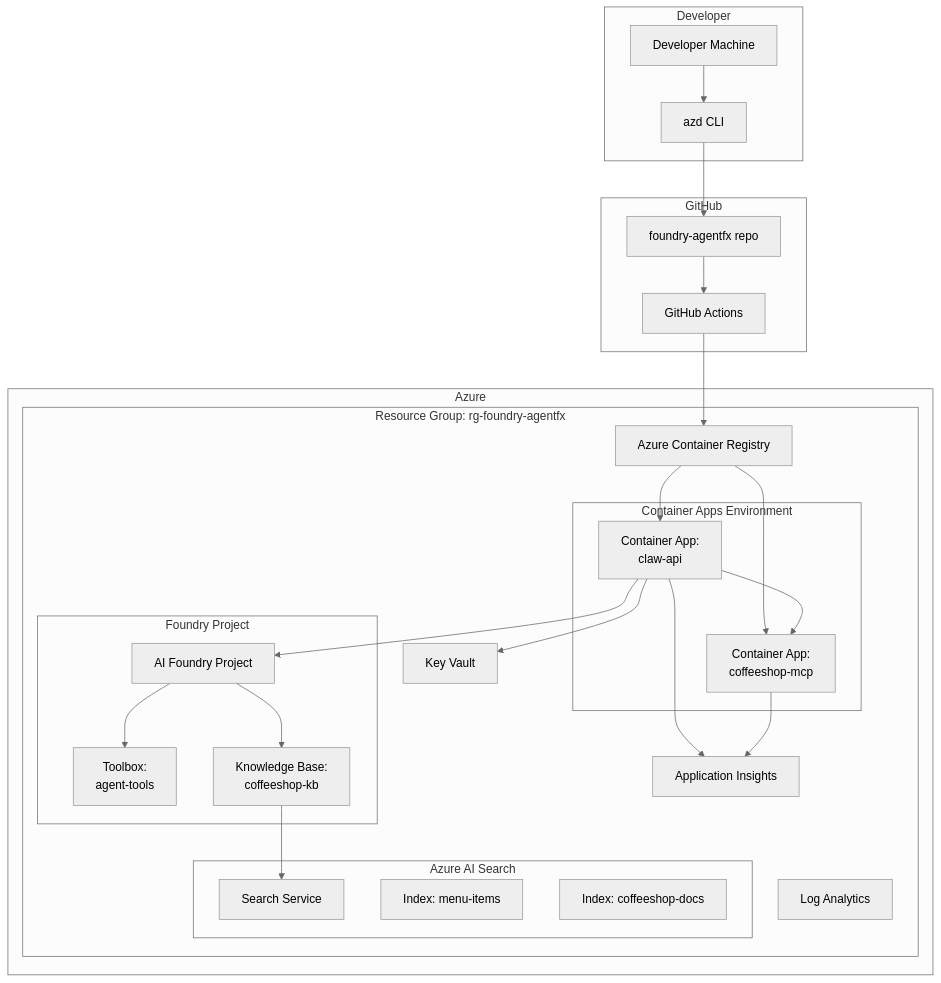
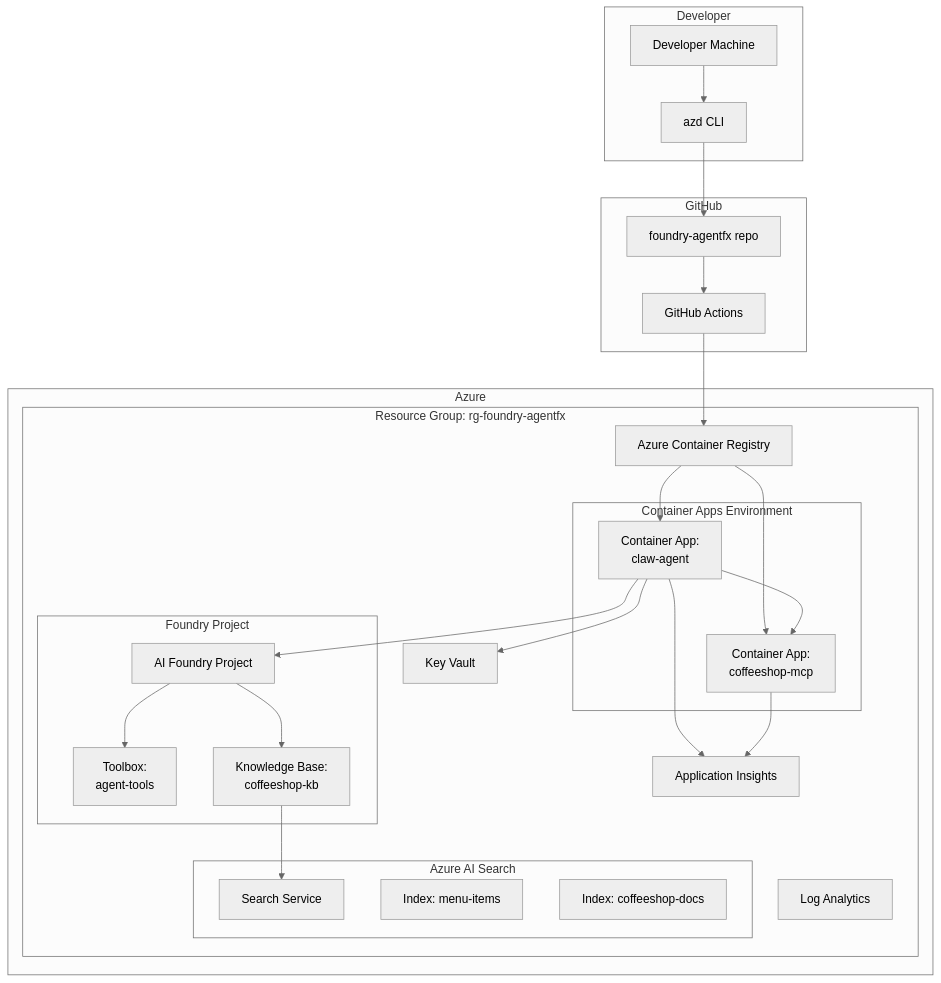
Before and after one commit to thangchung/agent-engineering-experiment: diagram 15 of 15 in foundry-agentfx/research.md, drawn with Mermaid (neutral theme). The commit also changed other lines of this file and 39 other files, not shown here.

````diff
--- a/foundry-agentfx/research.md
+++ b/foundry-agentfx/research.md
@@ -1428,53 +1428,53 @@
 ```mermaid
 graph TB
     subgraph "Developer"
         Dev[Developer Machine]
         AZD[azd CLI]
     end
     
     subgraph "GitHub"
         Repo[foundry-agentfx repo]
         Actions[GitHub Actions]
     end
     
     subgraph "Azure"
         subgraph "Resource Group: rg-foundry-agentfx"
             subgraph "Container Apps Environment"
-                ClawApp[Container App:<br/>claw-api]
+                ClawApp[Container App:<br/>claw-agent]
                 CoffeeApp[Container App:<br/>coffeeshop-mcp]
             end
             
             ACR[Azure Container Registry]
             AppInsights[Application Insights]
             LogAnalytics[Log Analytics]
             KeyVault[Key Vault]
             
             subgraph "Foundry Project"
                 FoundryProj[AI Foundry Project]
                 Toolbox[Toolbox:<br/>agent-tools]
                 KnowledgeBase[Knowledge Base:<br/>coffeeshop-kb]
             end
             
             subgraph "Azure AI Search"
                 SearchSvc[Search Service]
                 MenuIndex[Index: menu-items]
                 DocsIndex[Index: coffeeshop-docs]
             end
         end
     end
     
     Dev --> AZD
     AZD --> Repo
     Repo --> Actions
     Actions --> ACR
     ACR --> ClawApp
     ACR --> CoffeeApp
     ClawApp --> FoundryProj
     ClawApp --> CoffeeApp
     FoundryProj --> Toolbox
     FoundryProj --> KnowledgeBase
     KnowledgeBase --> SearchSvc
     ClawApp --> AppInsights
     CoffeeApp --> AppInsights
     ClawApp --> KeyVault
 ```
````
